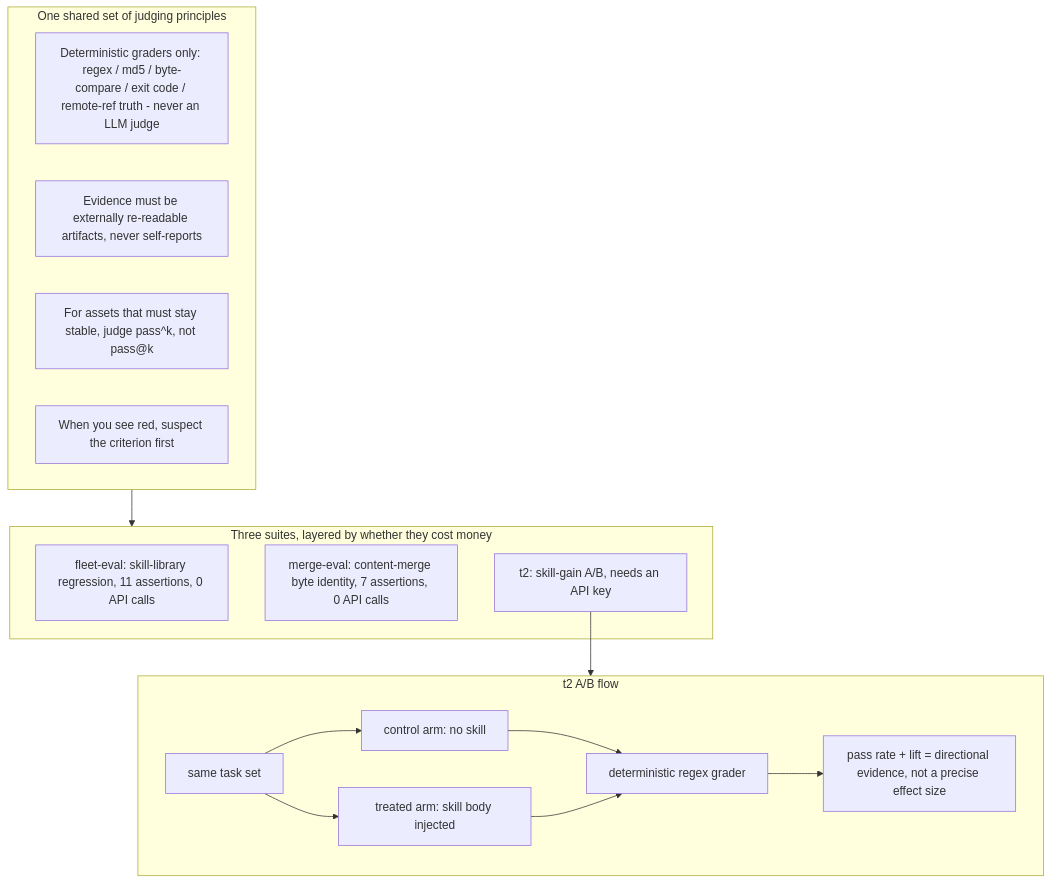
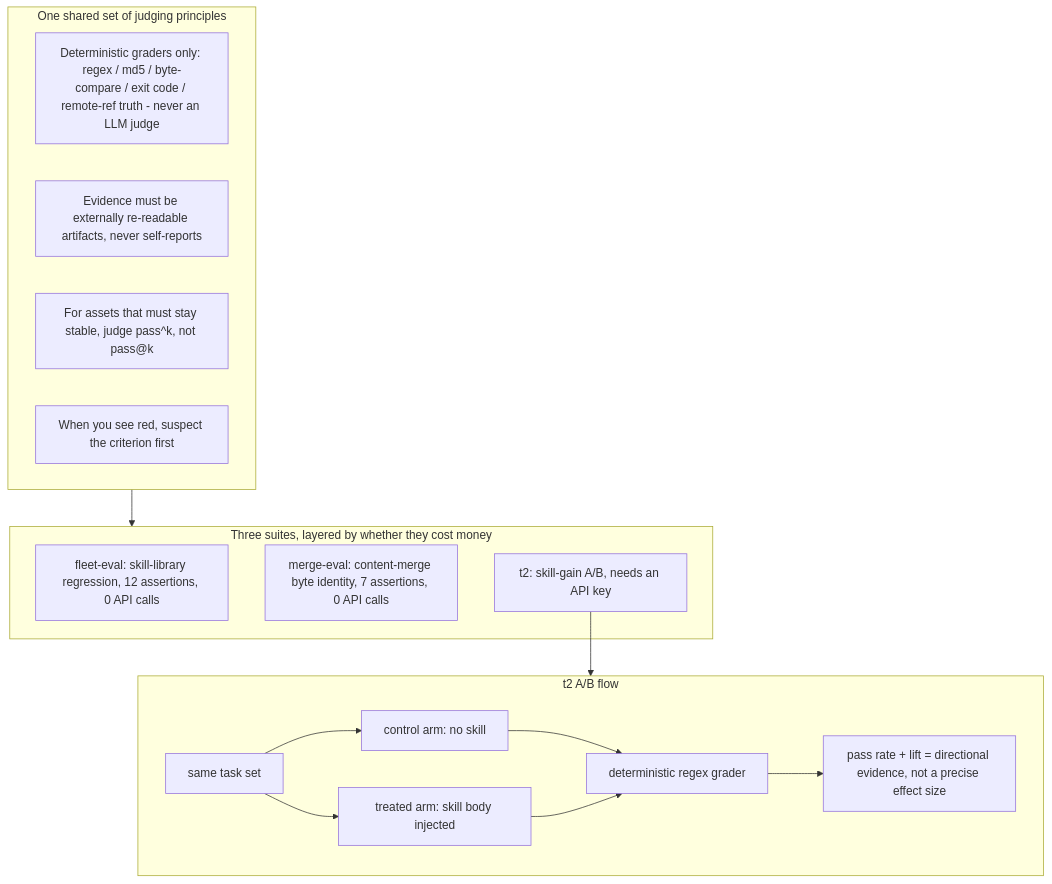
Before and after one commit to kumu314/agent-evals: the diagram in README.md, drawn with Mermaid. The commit also changed other lines of this file and 27 other files, not shown here.

````diff
--- a/README.md
+++ b/README.md
@@ -47,27 +47,27 @@
 ```mermaid
 flowchart TB
   subgraph PR["One shared set of judging principles"]
     P1["Deterministic graders only: regex / md5 / byte-compare / exit code / remote-ref truth - never an LLM judge"]
     P2["Evidence must be externally re-readable artifacts, never self-reports"]
     P3["For assets that must stay stable, judge pass^k, not pass@k"]
     P4["When you see red, suspect the criterion first"]
   end
 
   subgraph SU["Three suites, layered by whether they cost money"]
-    F["fleet-eval: skill-library regression, 11 assertions, 0 API calls"]
+    F["fleet-eval: skill-library regression, 12 assertions, 0 API calls"]
     M["merge-eval: content-merge byte identity, 7 assertions, 0 API calls"]
     T["t2: skill-gain A/B, needs an API key"]
   end
 
   PR --> SU
 
   subgraph AB["t2 A/B flow"]
     A["same task set"] --> B["control arm: no skill"]
     A --> C["treated arm: skill body injected"]
     B --> G["deterministic regex grader"]
     C --> G
     G --> L["pass rate + lift = directional evidence, not a precise effect size"]
   end
 
   T --> AB
 ```
````
